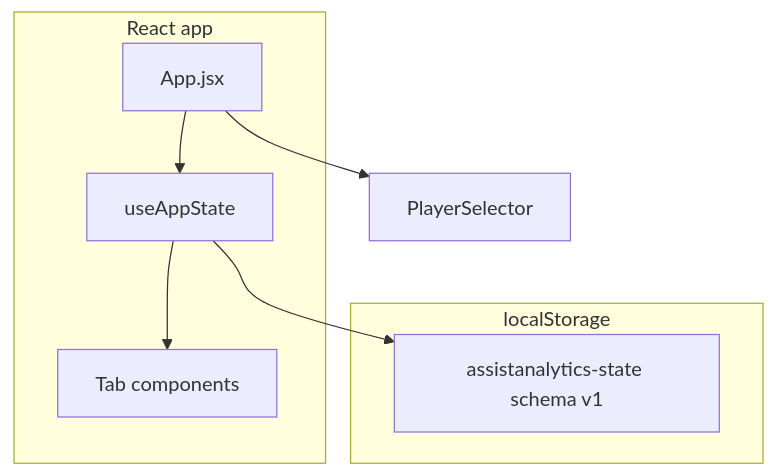
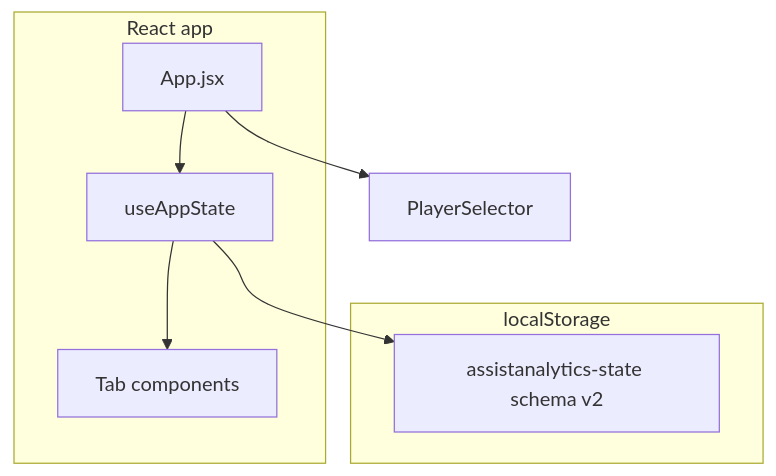
Before and after one commit to chadcourtside/assistanalytics: the diagram in DEVELOPMENT_NOTES.md, drawn with Mermaid. The commit also changed other lines of this file and 27 other files, not shown here.

````diff
--- a/DEVELOPMENT_NOTES.md
+++ b/DEVELOPMENT_NOTES.md
@@ -5,15 +5,15 @@
 ```mermaid
 flowchart TB
   subgraph storage [localStorage]
-    state[assistanalytics-state schema v1]
+    state[assistanalytics-state schema v2]
   end
   subgraph react [React app]
     useApp[useAppState]
     App[App.jsx]
     tabs[Tab components]
   end
   useApp --> state
   App --> useApp
   App --> PlayerSelector
   useApp --> tabs
 ```
````
